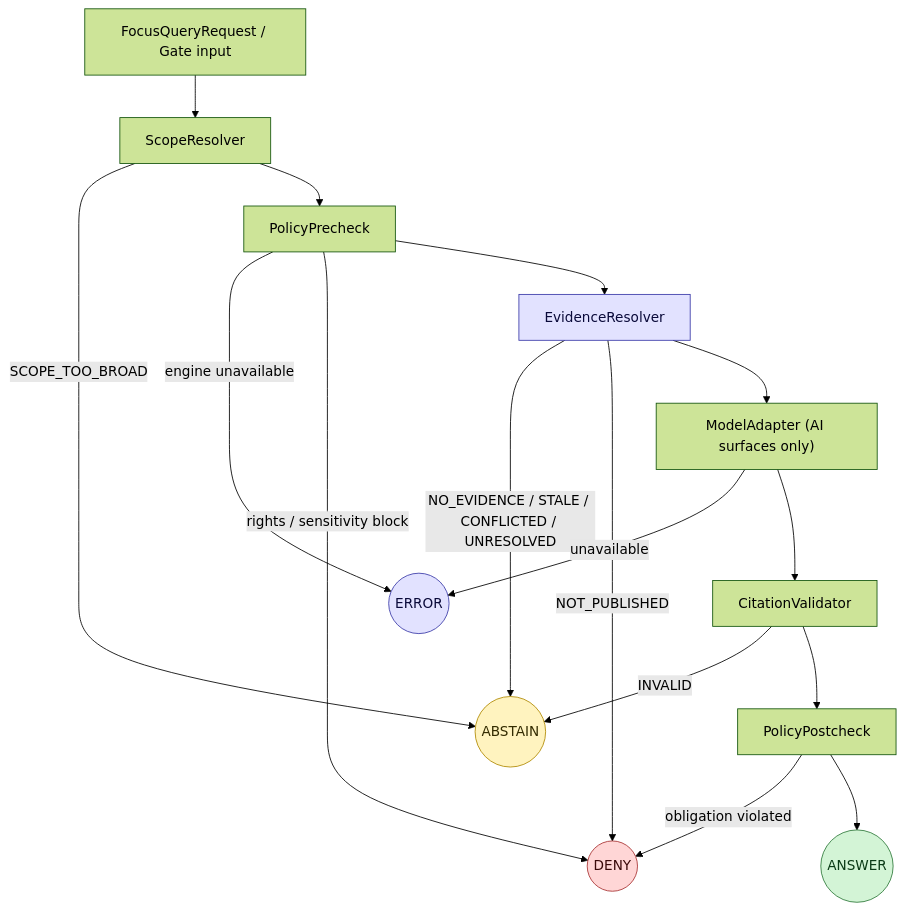
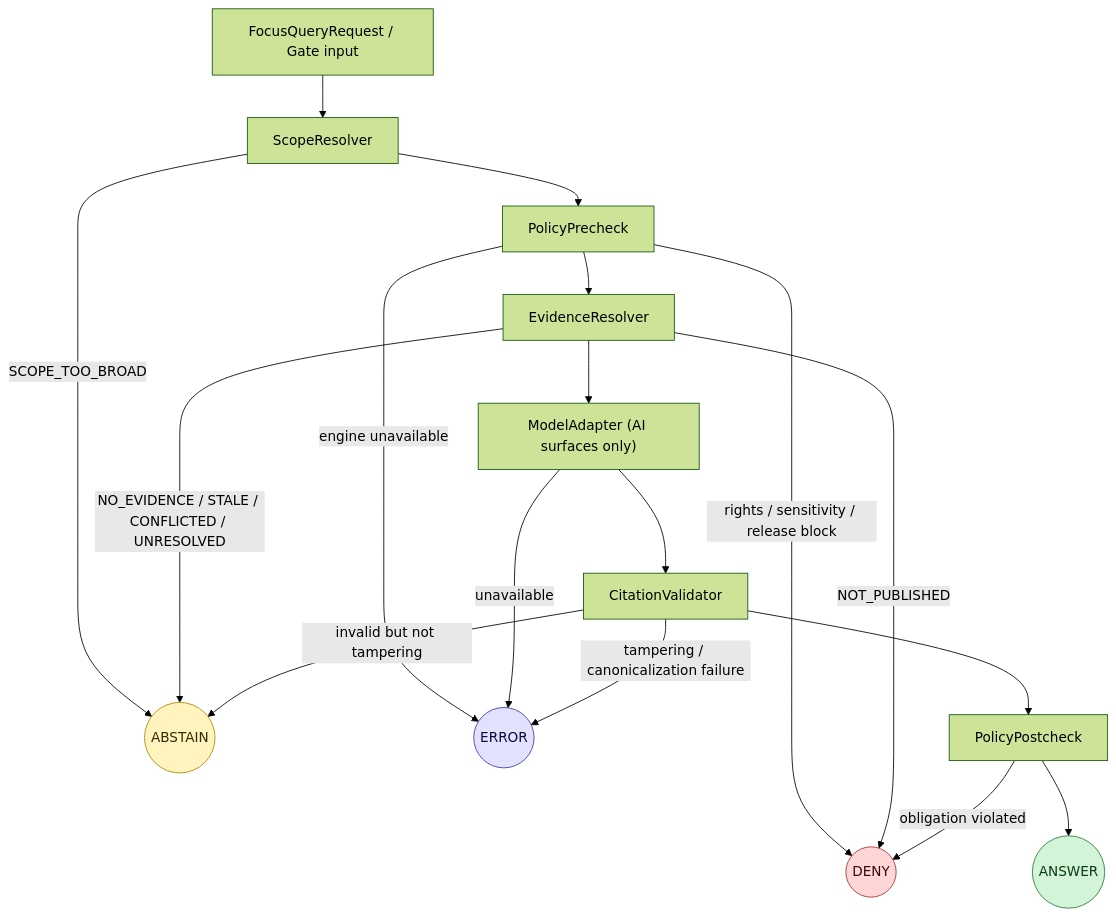
One commit to bartytime4life/Kansas-Frontier-Matrix changed the diagram in docs/adr/ADR-0020-abstain-is-a-first-class-decision.md. Above: the diagram before and after it, drawn with Mermaid (forest theme). The commit also changed other lines of this file, not shown here.

````diff
--- a/docs/adr/ADR-0020-abstain-is-a-first-class-decision.md
+++ b/docs/adr/ADR-0020-abstain-is-a-first-class-decision.md
@@ -194,27 +230,28 @@
 ```mermaid
 flowchart TD
     Q["FocusQueryRequest / Gate input"] --> S["ScopeResolver"]
     S -->|"SCOPE_TOO_BROAD"| AB(("ABSTAIN"))
     S --> P["PolicyPrecheck"]
     P -->|"engine unavailable"| ER(("ERROR"))
-    P -->|"rights / sensitivity block"| D(("DENY"))
-    P --> ER1["EvidenceResolver"]
-    ER1 -->|"NO_EVIDENCE / STALE / CONFLICTED / UNRESOLVED"| AB
-    ER1 -->|"NOT_PUBLISHED"| D
-    ER1 --> M["ModelAdapter (AI surfaces only)"]
+    P -->|"rights / sensitivity / release block"| D(("DENY"))
+    P --> EV["EvidenceResolver"]
+    EV -->|"NO_EVIDENCE / STALE / CONFLICTED / UNRESOLVED"| AB
+    EV -->|"NOT_PUBLISHED"| D
+    EV --> M["ModelAdapter (AI surfaces only)"]
     M -->|"unavailable"| ER
     M --> CV["CitationValidator"]
-    CV -->|"INVALID"| AB
+    CV -->|"invalid but not tampering"| AB
+    CV -->|"tampering / canonicalization failure"| ER
     CV --> PP["PolicyPostcheck"]
     PP -->|"obligation violated"| D
     PP --> A(("ANSWER"))
 
     classDef abstain fill:#fff3bf,stroke:#b08900,color:#332b00;
     classDef deny fill:#ffd6d6,stroke:#a83232,color:#3a0a0a;
     classDef error fill:#e2e2ff,stroke:#3a3aa8,color:#0a0a3a;
     classDef answer fill:#d3f4d6,stroke:#2f7a3a,color:#0a3a16;
     class AB abstain
     class D deny
-    class ER,ER1 error
+    class ER error
     class A answer
 ```
````
